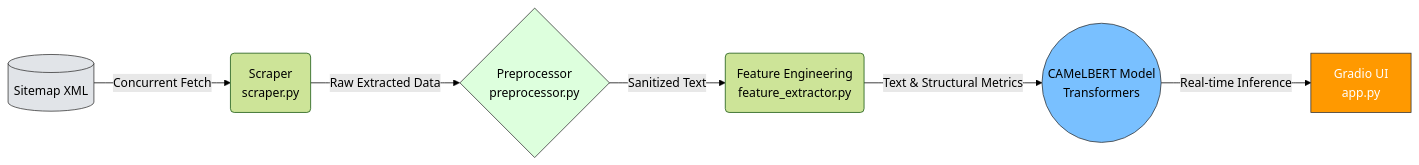
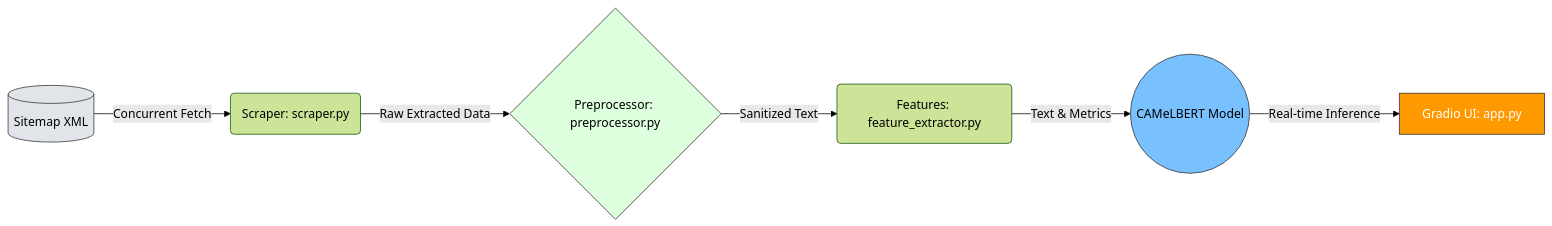
The diagram in README.md (Alhareith/arabic-news-classifier), drawn with Mermaid (forest theme) before and after one commit.

````diff
--- a/README.md
+++ b/README.md
@@ -93,13 +93,14 @@
 ```mermaid
 graph LR
-    A[(Sitemap XML)] -->|Concurrent Fetch| B(Scraper<br/>scraper.py)
-    B -->|Raw Extracted Data| C{Preprocessor<br/>preprocessor.py}
-    C -->|Sanitized Text| D(Feature Engineering<br/>feature_extractor.py)
-    D -->|Text & Structural Metrics| E((CAMeLBERT Model<br/>Transformers))
-    E -->|Real-time Inference| F[Gradio UI<br/>app.py]
+    A[(Sitemap XML)] -->|Concurrent Fetch| B(Scraper: scraper.py)
+    B -->|Raw Extracted Data| C{Preprocessor: preprocessor.py}
+    C -->|Sanitized Text| D(Features: feature_extractor.py)
+    D -->|Text & Metrics| E((CAMeLBERT Model))
+    E -->|Real-time Inference| F[Gradio UI: app.py]
 
     style A fill:#e1e4e8,stroke:#333
     style C fill:#dfd,stroke:#333
     style E fill:#79c0ff,stroke:#333
     style F fill:#ff9900,stroke:#333,color:#fff
+
 ```
````
